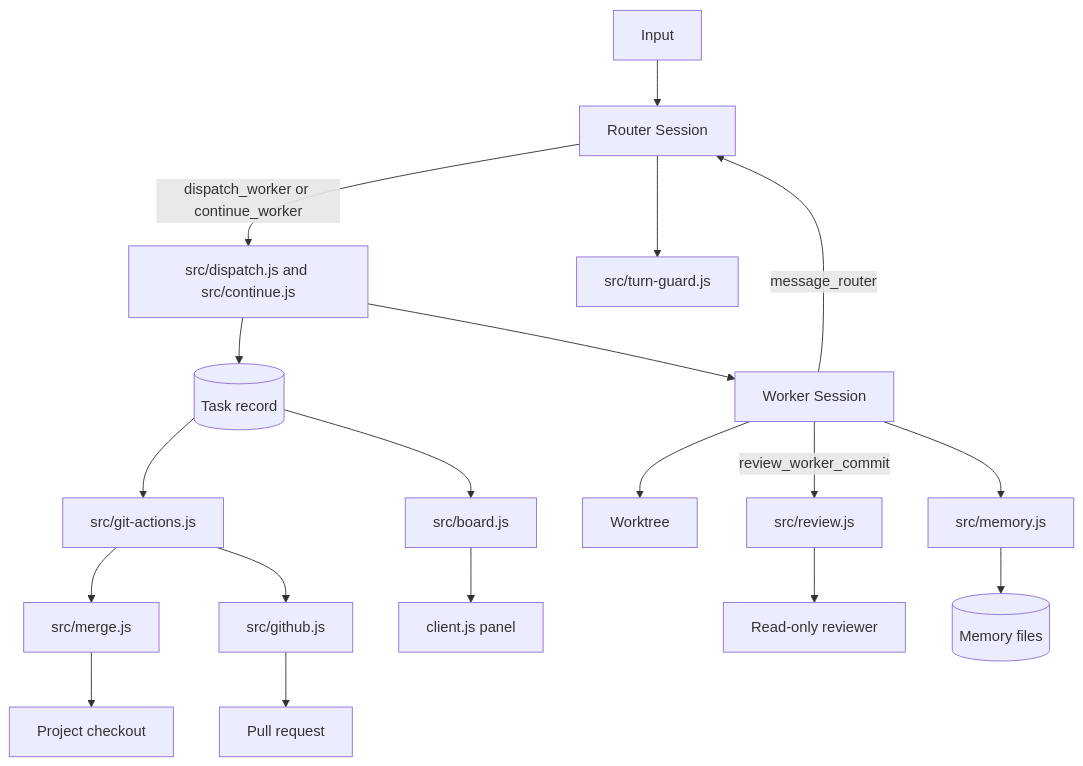
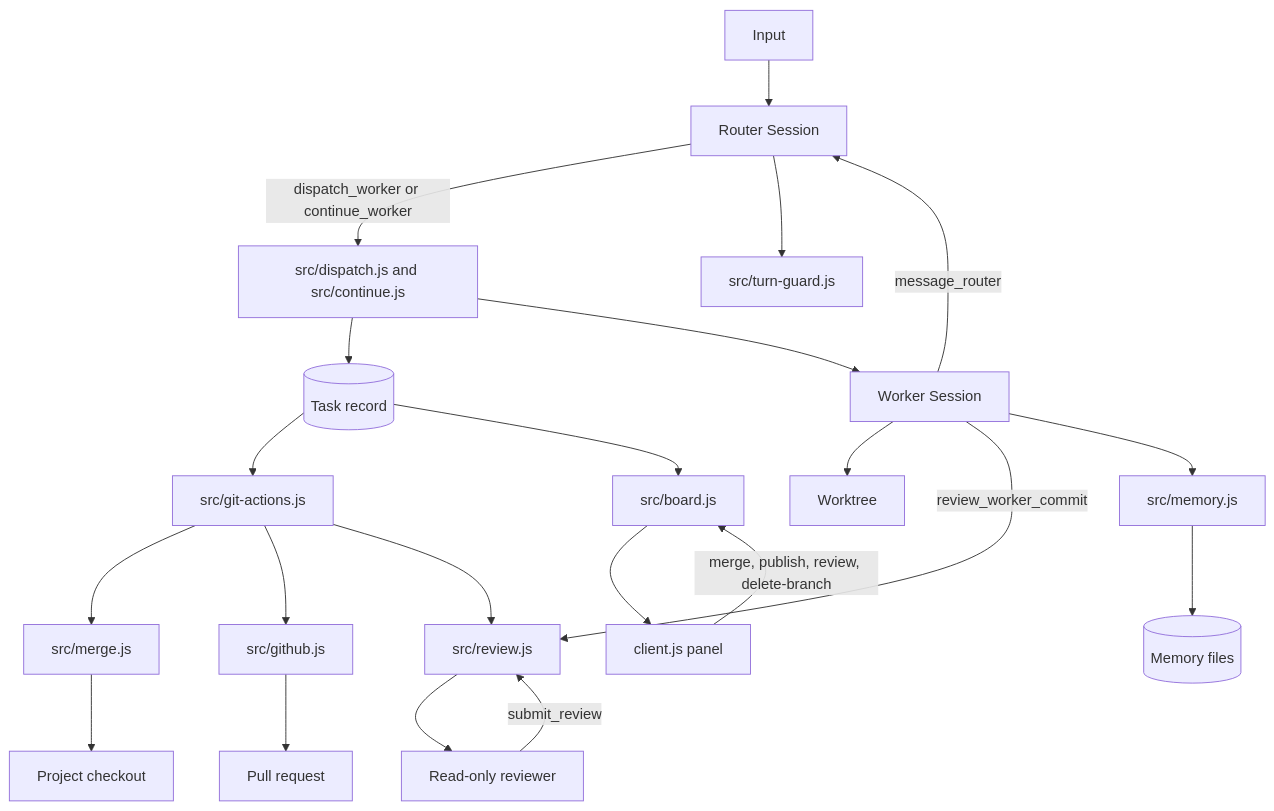
The diagram in docs/007-architecture.md (LMQ00/superagent-lite), drawn with Mermaid before and after one commit. The commit also changed other lines of this file and 26 other files, not shown here.

````diff
--- a/docs/007-architecture.md
+++ b/docs/007-architecture.md
@@ -9,21 +9,24 @@
 ```mermaid
 flowchart TB
   U[Input] --> R[Router Session]
   R -->|dispatch_worker or continue_worker| D[src/dispatch.js and src/continue.js]
   D --> T[(Task record)]
   D --> W[Worker Session]
   W --> WT[Worktree]
   W -->|review_worker_commit| RV[src/review.js]
   RV --> HR[Read-only reviewer]
+  HR -->|submit_review| RV
   W -->|message_router| R
   T --> G[src/git-actions.js]
   G --> M[src/merge.js]
   G --> GH[src/github.js]
+  G --> RV
+  B --> C[client.js panel]
+  C -->|merge, publish, review, delete-branch| B
   M --> P[Project checkout]
   GH --> PR[Pull request]
   T --> B[src/board.js]
-  B --> C[client.js panel]
   R --> TG[src/turn-guard.js]
   W --> MS[src/memory.js]
   MS --> MF[(Memory files)]
 ```
````
